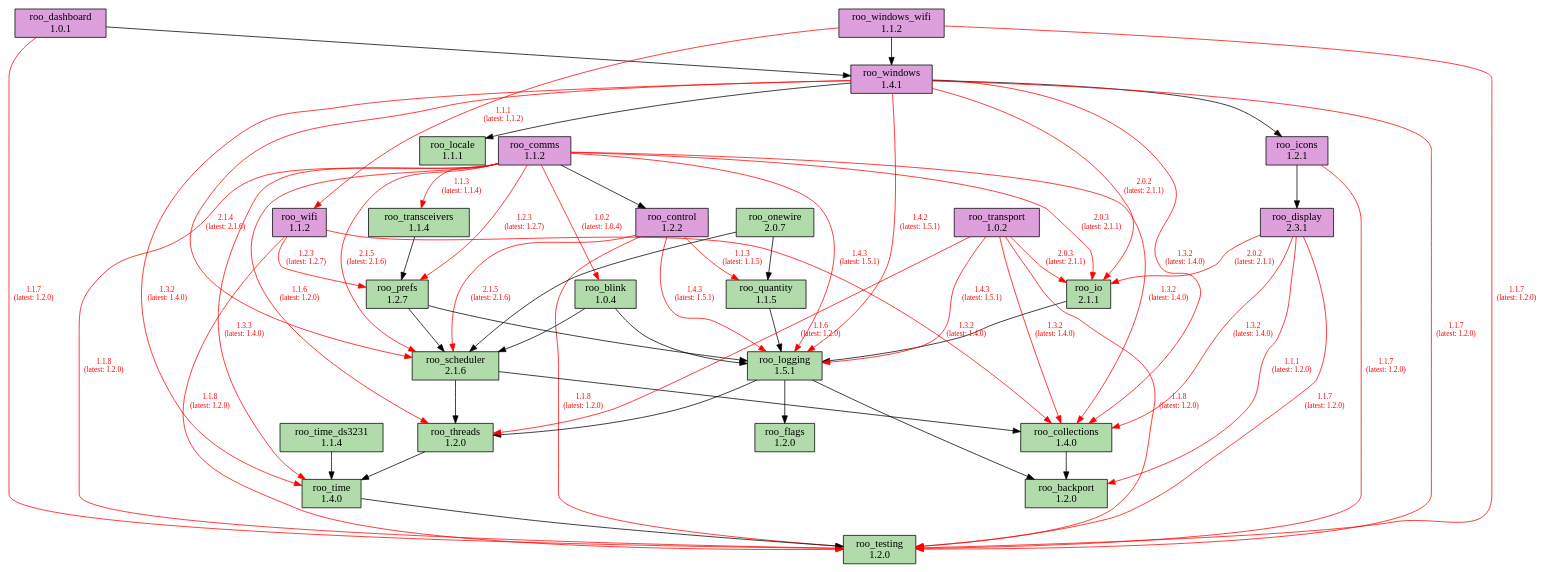
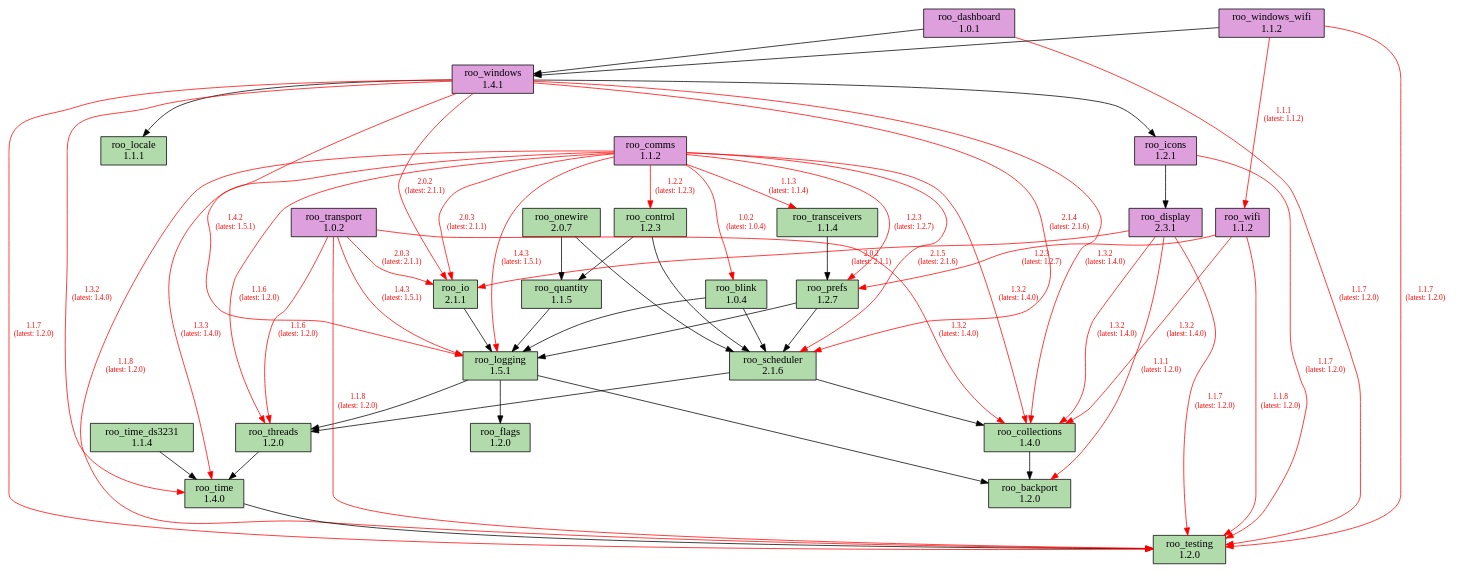
The diagram in doc/dependencies.dot (dejwk/roo-registry), drawn with Graphviz before and after one commit. The commit also changed 3 other files, not shown here.

Commit message:
Added roo_control 1.2.3 to the registry.

```diff
--- a/doc/dependencies.dot
+++ b/doc/dependencies.dot
@@ -1,94 +1,92 @@
 digraph dependencies {
     rankdir=TB;
     node [shape=box, style=filled];
     edge [fontsize=10];
 
     // Modules
     "roo_backport" [label="roo_backport\n1.2.0", fillcolor="#b1dbab"];
     "roo_blink" [label="roo_blink\n1.0.4", fillcolor="#b1dbab"];
     "roo_collections" [label="roo_collections\n1.4.0", fillcolor="#b1dbab"];
     "roo_comms" [label="roo_comms\n1.1.2", fillcolor="plum"];
-    "roo_control" [label="roo_control\n1.2.2", fillcolor="plum"];
+    "roo_control" [label="roo_control\n1.2.3", fillcolor="#b1dbab"];
     "roo_dashboard" [label="roo_dashboard\n1.0.1", fillcolor="plum"];
     "roo_display" [label="roo_display\n2.3.1", fillcolor="plum"];
     "roo_flags" [label="roo_flags\n1.2.0", fillcolor="#b1dbab"];
     "roo_icons" [label="roo_icons\n1.2.1", fillcolor="plum"];
     "roo_io" [label="roo_io\n2.1.1", fillcolor="#b1dbab"];
     "roo_locale" [label="roo_locale\n1.1.1", fillcolor="#b1dbab"];
     "roo_logging" [label="roo_logging\n1.5.1", fillcolor="#b1dbab"];
     "roo_onewire" [label="roo_onewire\n2.0.7", fillcolor="#b1dbab"];
     "roo_prefs" [label="roo_prefs\n1.2.7", fillcolor="#b1dbab"];
     "roo_quantity" [label="roo_quantity\n1.1.5", fillcolor="#b1dbab"];
     "roo_scheduler" [label="roo_scheduler\n2.1.6", fillcolor="#b1dbab"];
     "roo_testing" [label="roo_testing\n1.2.0", fillcolor="#b1dbab"];
     "roo_threads" [label="roo_threads\n1.2.0", fillcolor="#b1dbab"];
     "roo_time" [label="roo_time\n1.4.0", fillcolor="#b1dbab"];
     "roo_time_ds3231" [label="roo_time_ds3231\n1.1.4", fillcolor="#b1dbab"];
     "roo_transceivers" [label="roo_transceivers\n1.1.4", fillcolor="#b1dbab"];
     "roo_transport" [label="roo_transport\n1.0.2", fillcolor="plum"];
     "roo_wifi" [label="roo_wifi\n1.1.2", fillcolor="plum"];
     "roo_windows" [label="roo_windows\n1.4.1", fillcolor="plum"];
     "roo_windows_wifi" [label="roo_windows_wifi\n1.1.2", fillcolor="plum"];
 
     // Dependencies
     "roo_blink" -> "roo_logging";
     "roo_blink" -> "roo_scheduler";
     "roo_collections" -> "roo_backport";
     "roo_comms" -> "roo_testing" [color=red, fontcolor=red, label="1.1.8\n(latest: 1.2.0)"];
     "roo_comms" -> "roo_blink" [color=red, fontcolor=red, label="1.0.2\n(latest: 1.0.4)"];
     "roo_comms" -> "roo_collections" [color=red, fontcolor=red, label="1.3.2\n(latest: 1.4.0)"];
-    "roo_comms" -> "roo_control";
+    "roo_comms" -> "roo_control" [color=red, fontcolor=red, label="1.2.2\n(latest: 1.2.3)"];
     "roo_comms" -> "roo_io" [color=red, fontcolor=red, label="2.0.3\n(latest: 2.1.1)"];
     "roo_comms" -> "roo_logging" [color=red, fontcolor=red, label="1.4.3\n(latest: 1.5.1)"];
     "roo_comms" -> "roo_prefs" [color=red, fontcolor=red, label="1.2.3\n(latest: 1.2.7)"];
     "roo_comms" -> "roo_scheduler" [color=red, fontcolor=red, label="2.1.5\n(latest: 2.1.6)"];
     "roo_comms" -> "roo_threads" [color=red, fontcolor=red, label="1.1.6\n(latest: 1.2.0)"];
     "roo_comms" -> "roo_time" [color=red, fontcolor=red, label="1.3.3\n(latest: 1.4.0)"];
     "roo_comms" -> "roo_transceivers" [color=red, fontcolor=red, label="1.1.3\n(latest: 1.1.4)"];
-    "roo_control" -> "roo_testing" [color=red, fontcolor=red, label="1.1.8\n(latest: 1.2.0)"];
-    "roo_control" -> "roo_logging" [color=red, fontcolor=red, label="1.4.3\n(latest: 1.5.1)"];
-    "roo_control" -> "roo_quantity" [color=red, fontcolor=red, label="1.1.3\n(latest: 1.1.5)"];
-    "roo_control" -> "roo_scheduler" [color=red, fontcolor=red, label="2.1.5\n(latest: 2.1.6)"];
+    "roo_control" -> "roo_quantity";
+    "roo_control" -> "roo_scheduler";
     "roo_dashboard" -> "roo_testing" [color=red, fontcolor=red, label="1.1.7\n(latest: 1.2.0)"];
     "roo_dashboard" -> "roo_windows";
     "roo_display" -> "roo_testing" [color=red, fontcolor=red, label="1.1.7\n(latest: 1.2.0)"];
     "roo_display" -> "roo_backport" [color=red, fontcolor=red, label="1.1.1\n(latest: 1.2.0)"];
     "roo_display" -> "roo_collections" [color=red, fontcolor=red, label="1.3.2\n(latest: 1.4.0)"];
     "roo_display" -> "roo_io" [color=red, fontcolor=red, label="2.0.2\n(latest: 2.1.1)"];
     "roo_icons" -> "roo_testing" [color=red, fontcolor=red, label="1.1.7\n(latest: 1.2.0)"];
     "roo_icons" -> "roo_display";
     "roo_io" -> "roo_logging";
     "roo_logging" -> "roo_backport";
     "roo_logging" -> "roo_flags";
     "roo_logging" -> "roo_threads";
     "roo_onewire" -> "roo_scheduler";
     "roo_onewire" -> "roo_quantity";
     "roo_prefs" -> "roo_logging";
     "roo_prefs" -> "roo_scheduler";
     "roo_quantity" -> "roo_logging";
     "roo_scheduler" -> "roo_collections";
     "roo_scheduler" -> "roo_threads";
     "roo_threads" -> "roo_time";
     "roo_time" -> "roo_testing";
     "roo_time_ds3231" -> "roo_time";
     "roo_transceivers" -> "roo_prefs";
     "roo_transport" -> "roo_testing" [color=red, fontcolor=red, label="1.1.8\n(latest: 1.2.0)"];
     "roo_transport" -> "roo_collections" [color=red, fontcolor=red, label="1.3.2\n(latest: 1.4.0)"];
     "roo_transport" -> "roo_io" [color=red, fontcolor=red, label="2.0.3\n(latest: 2.1.1)"];
     "roo_transport" -> "roo_logging" [color=red, fontcolor=red, label="1.4.3\n(latest: 1.5.1)"];
     "roo_transport" -> "roo_threads" [color=red, fontcolor=red, label="1.1.6\n(latest: 1.2.0)"];
     "roo_wifi" -> "roo_testing" [color=red, fontcolor=red, label="1.1.8\n(latest: 1.2.0)"];
     "roo_wifi" -> "roo_collections" [color=red, fontcolor=red, label="1.3.2\n(latest: 1.4.0)"];
     "roo_wifi" -> "roo_prefs" [color=red, fontcolor=red, label="1.2.3\n(latest: 1.2.7)"];
     "roo_windows" -> "roo_testing" [color=red, fontcolor=red, label="1.1.7\n(latest: 1.2.0)"];
     "roo_windows" -> "roo_collections" [color=red, fontcolor=red, label="1.3.2\n(latest: 1.4.0)"];
     "roo_windows" -> "roo_locale";
     "roo_windows" -> "roo_logging" [color=red, fontcolor=red, label="1.4.2\n(latest: 1.5.1)"];
     "roo_windows" -> "roo_icons";
     "roo_windows" -> "roo_io" [color=red, fontcolor=red, label="2.0.2\n(latest: 2.1.1)"];
     "roo_windows" -> "roo_scheduler" [color=red, fontcolor=red, label="2.1.4\n(latest: 2.1.6)"];
     "roo_windows" -> "roo_time" [color=red, fontcolor=red, label="1.3.2\n(latest: 1.4.0)"];
     "roo_windows_wifi" -> "roo_testing" [color=red, fontcolor=red, label="1.1.7\n(latest: 1.2.0)"];
     "roo_windows_wifi" -> "roo_wifi" [color=red, fontcolor=red, label="1.1.1\n(latest: 1.1.2)"];
     "roo_windows_wifi" -> "roo_windows";
 }
```
